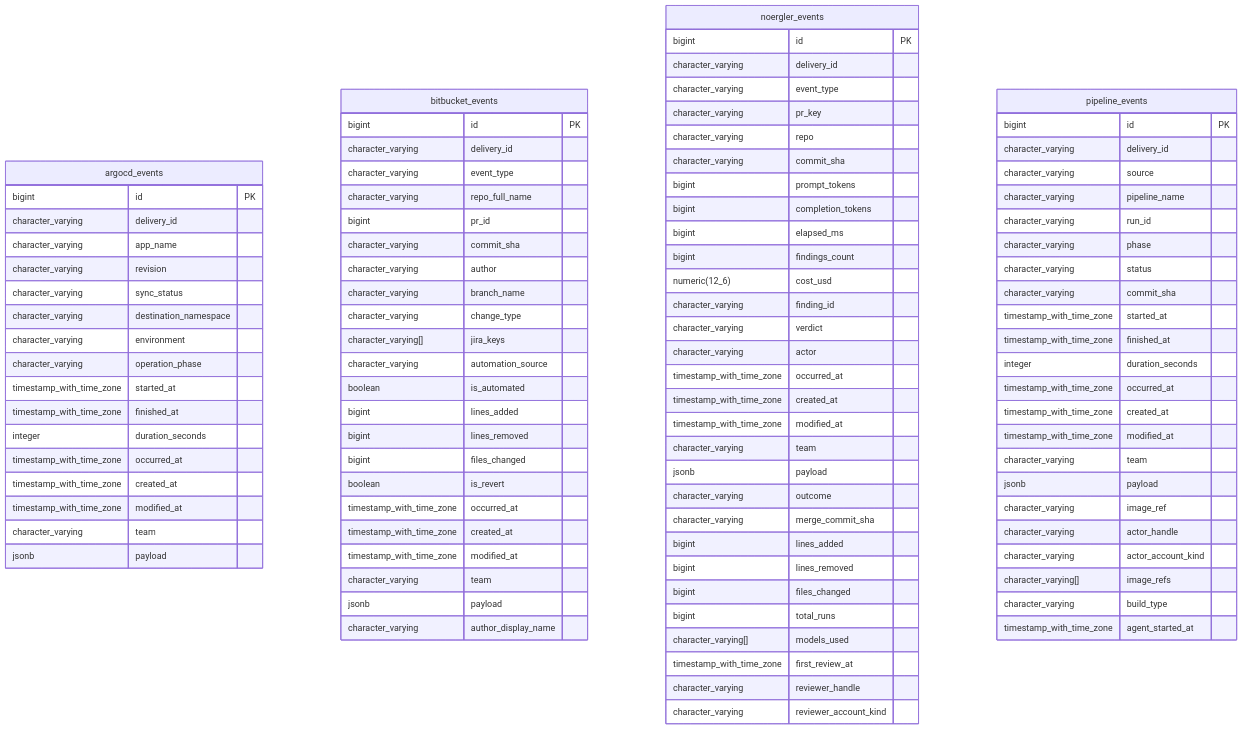
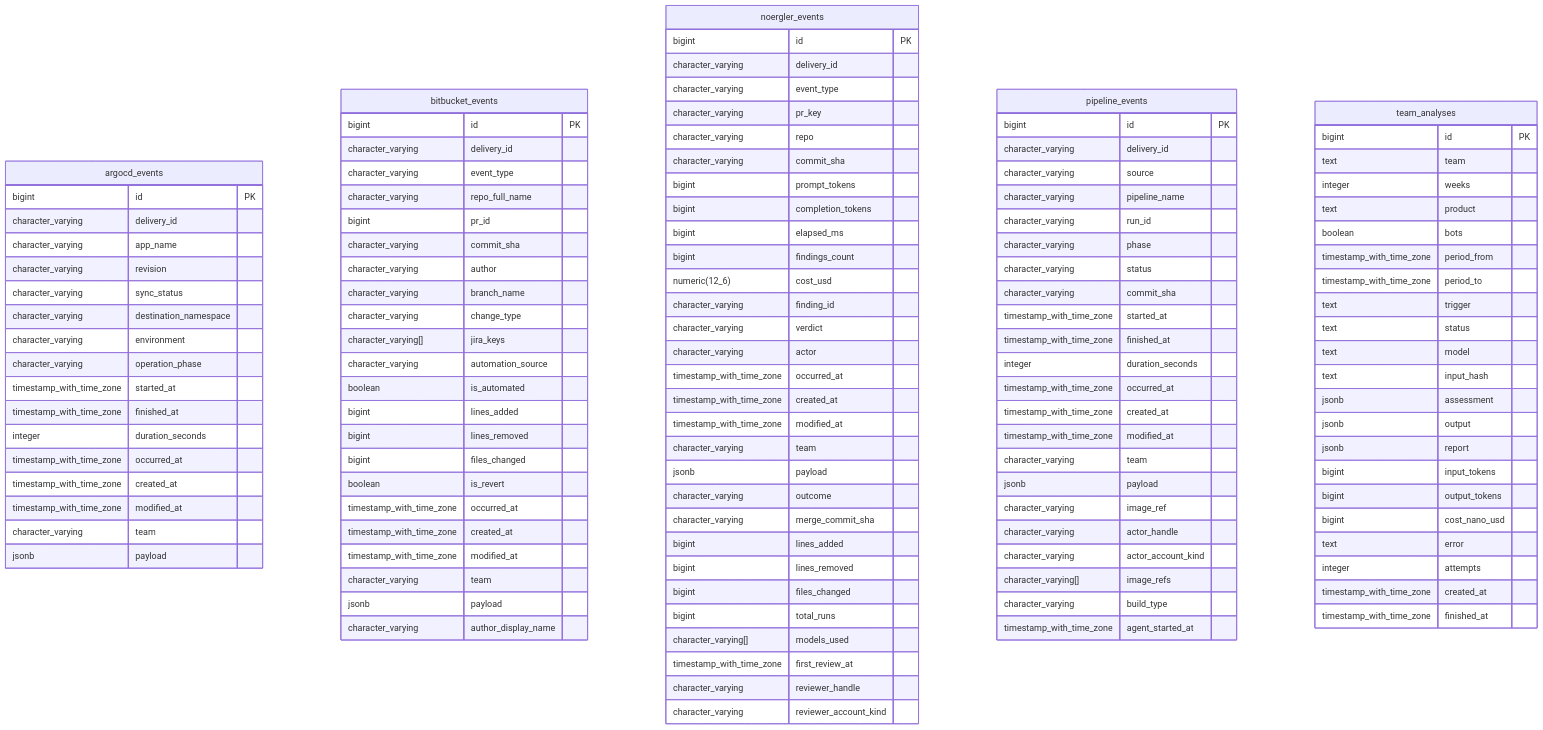
The diagram in docs/schema.md (trick77/riptide), drawn with Mermaid before and after one commit. The commit also changed other lines of this file and 45 other files, not shown here.

````diff
--- a/docs/schema.md
+++ b/docs/schema.md
@@ -272,4 +312,27 @@
         character_varying build_type
         timestamp_with_time_zone agent_started_at
     }
+    team_analyses {
+        bigint id PK
+        text team
+        integer weeks
+        text product
+        boolean bots
+        timestamp_with_time_zone period_from
+        timestamp_with_time_zone period_to
+        text trigger
+        text status
+        text model
+        text input_hash
+        jsonb assessment
+        jsonb output
+        jsonb report
+        bigint input_tokens
+        bigint output_tokens
+        bigint cost_nano_usd
+        text error
+        integer attempts
+        timestamp_with_time_zone created_at
+        timestamp_with_time_zone finished_at
+    }
 ```
````
